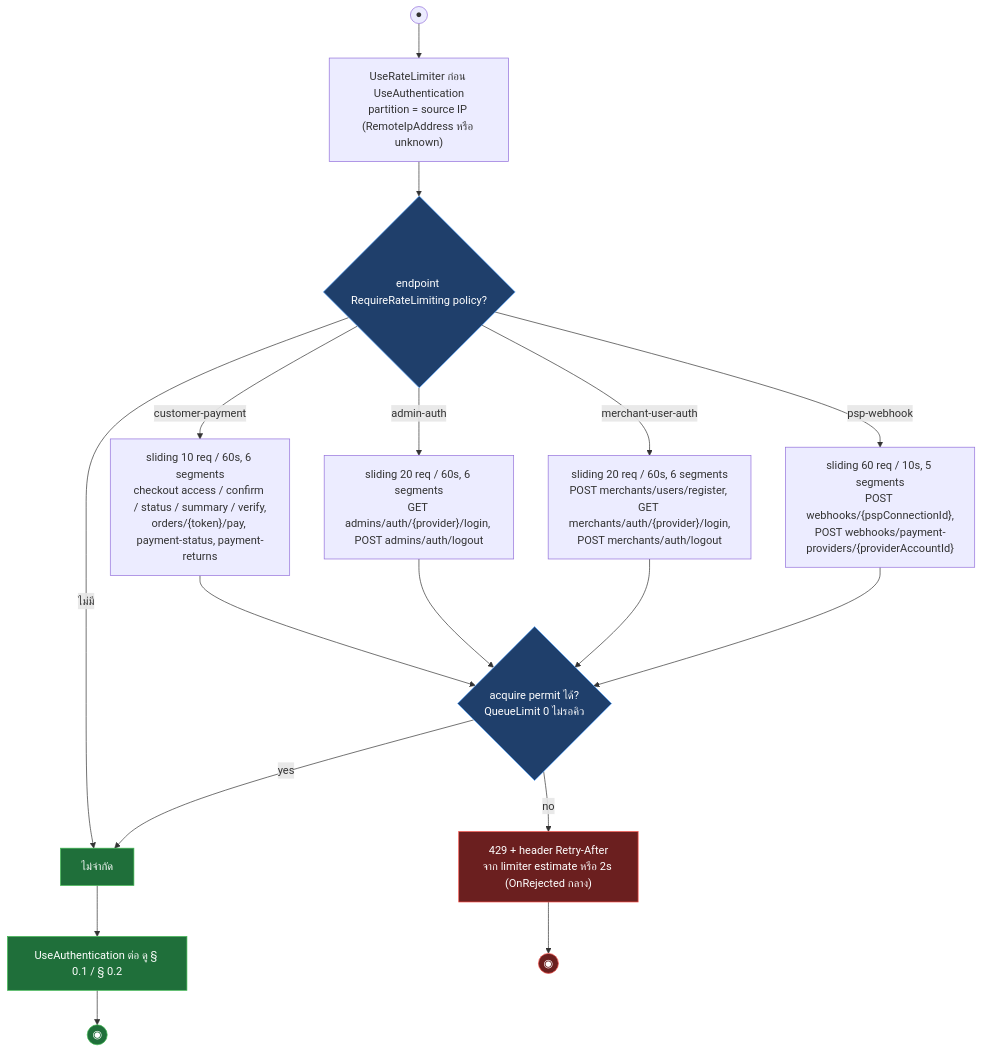
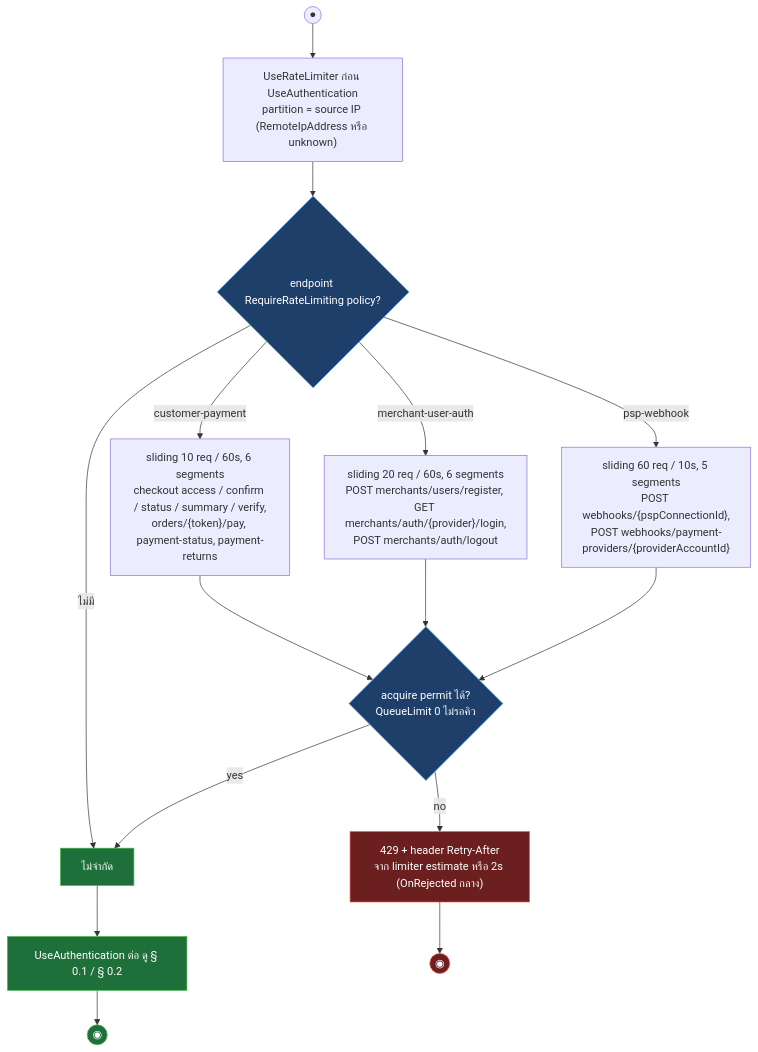
One commit to metrodiesign/pol-core changed the fourth of 9 diagrams in outputs/diagrams/2026-09-14_api-endpoints_v1/00-cross-cutting.activities.md. Above: the diagram before and after it, drawn with Mermaid. The commit also changed other lines of this file and 42 other files, not shown here.

First line of the commit message:
docs: align reference docs and the API diagram set with the Bearer-only admin plane

````diff
--- a/outputs/diagrams/2026-09-14_api-endpoints_v1/00-cross-cutting.activities.md
+++ b/outputs/diagrams/2026-09-14_api-endpoints_v1/00-cross-cutting.activities.md
@@ -227,26 +202,24 @@
 ```mermaid
 flowchart TD
     START((●)) --> MW["UseRateLimiter ก่อน UseAuthentication<br/>partition = source IP (RemoteIpAddress หรือ unknown)"]
     MW --> POL{"endpoint RequireRateLimiting policy?"}
     POL -->|"ไม่มี"| PASS["ไม่จำกัด"]
     POL -->|customer-payment| P1["sliding 10 req / 60s, 6 segments<br/>checkout access / confirm / status / summary / verify,<br/>orders/{token}/pay, payment-status, payment-returns"]
-    POL -->|admin-auth| P2["sliding 20 req / 60s, 6 segments<br/>GET admins/auth/{provider}/login, POST admins/auth/logout"]
     POL -->|merchant-user-auth| P3["sliding 20 req / 60s, 6 segments<br/>POST merchants/users/register, GET merchants/auth/{provider}/login,<br/>POST merchants/auth/logout"]
     POL -->|psp-webhook| P4["sliding 60 req / 10s, 5 segments<br/>POST webhooks/{pspConnectionId},<br/>POST webhooks/payment-providers/{providerAccountId}"]
     P1 --> LEASE{"acquire permit ได้?<br/>QueueLimit 0 ไม่รอคิว"}
-    P2 --> LEASE
     P3 --> LEASE
     P4 --> LEASE
     LEASE -->|no| R429["429 + header Retry-After<br/>จาก limiter estimate หรือ 2s (OnRejected กลาง)"]
     LEASE -->|yes| PASS
     PASS --> AUTH["UseAuthentication ต่อ ดู § 0.1 / § 0.2"]
     AUTH --> END_S((◉))
     R429 --> END_F((◉))
 
     classDef ok fill:#1f6f3a,stroke:#3fb950,color:#fff
     classDef fail fill:#6b1f1f,stroke:#f85149,color:#fff
     classDef gate fill:#1f3f6b,stroke:#58a6ff,color:#fff
     class PASS,AUTH,END_S ok
     class R429,END_F fail
     class POL,LEASE gate
 ```
````
